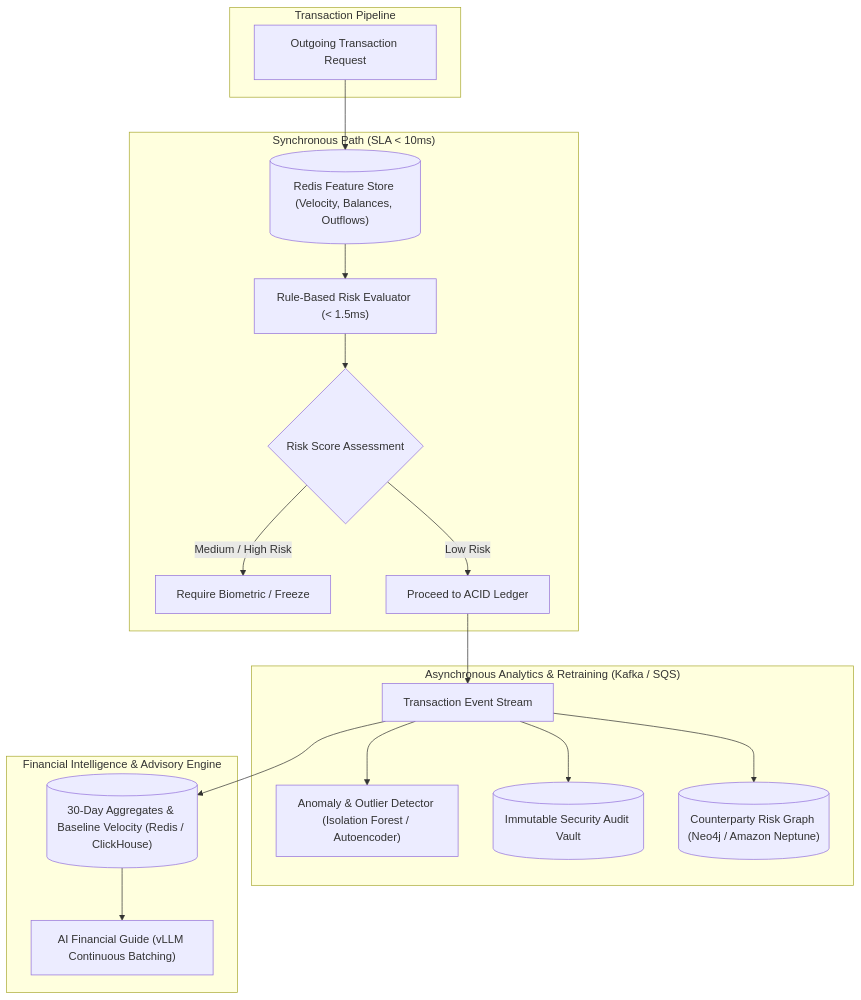
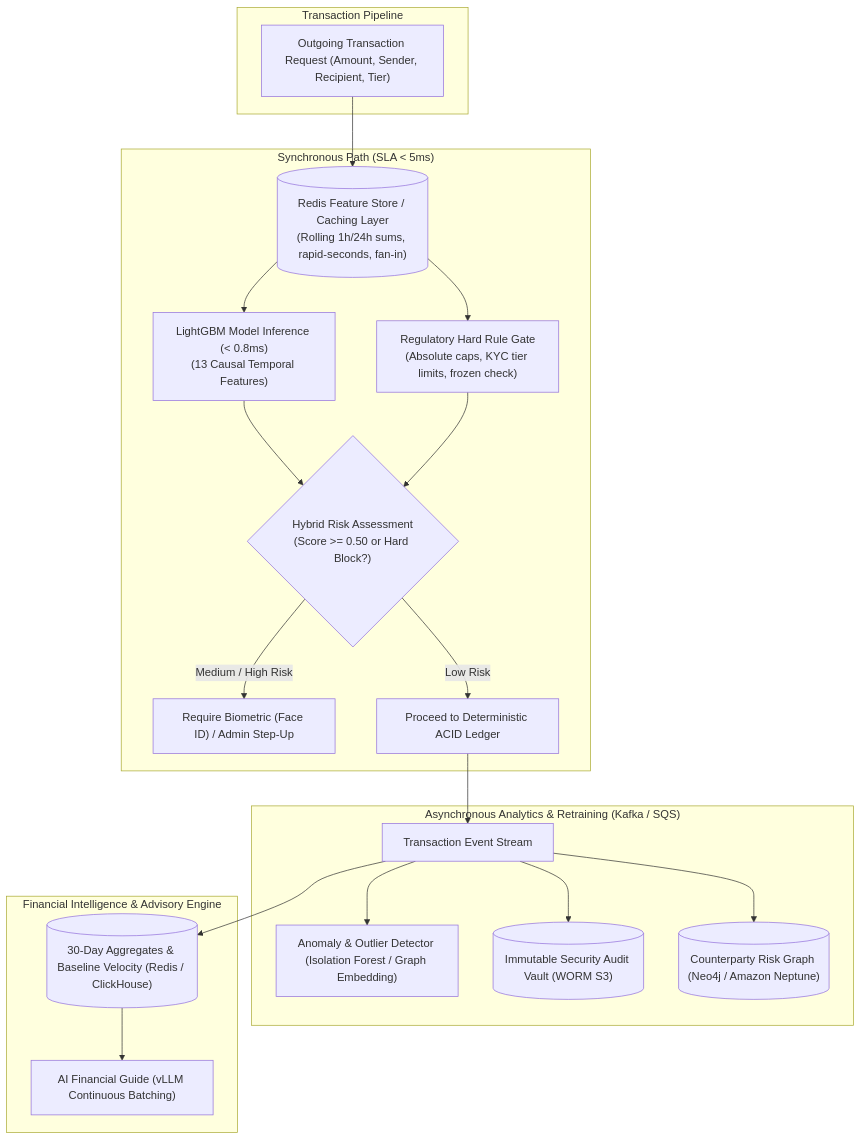
The seventh of 7 diagrams in docs/SCALING_ARCHITECTURE.md (bikash-20/ML-fraud-detection-ai-fintech-platform), drawn with Mermaid before and after one commit. The commit also changed other lines of this file and 9 other files, not shown here.

First line of the commit message:
docs(proposal): add executive 3-page scaling proposal, reviewer verification guide, and velocity fraud rule

````diff
--- a/docs/SCALING_ARCHITECTURE.md
+++ b/docs/SCALING_ARCHITECTURE.md
@@ -472,34 +476,36 @@
 ```mermaid
 flowchart TD
     subgraph IngressTxn["Transaction Pipeline"]
-        TxnRequest["Outgoing Transaction Request"]
+        TxnRequest["Outgoing Transaction Request (Amount, Sender, Recipient, Tier)"]
     end
 
-    subgraph SynchronousPath["Synchronous Path (SLA < 10ms)"]
-        FeatureStore[("Redis Feature Store (Velocity, Balances, Outflows)")]
-        RuleEngine["Rule-Based Risk Evaluator (< 1.5ms)"]
-        RiskScore{"Risk Score Assessment"}
-        BlockAction["Require Biometric / Freeze"]
-        ProceedAction["Proceed to ACID Ledger"]
+    subgraph SynchronousPath["Synchronous Path (SLA < 5ms)"]
+        FeatureStore[("Redis Feature Store / Caching Layer\n(Rolling 1h/24h sums, rapid-seconds, fan-in)")]
+        LightGBM["LightGBM Model Inference (< 0.8ms)\n(13 Causal Temporal Features)"]
+        HardRules["Regulatory Hard Rule Gate\n(Absolute caps, KYC tier limits, frozen check)"]
+        RiskScore{"Hybrid Risk Assessment\n(Score >= 0.50 or Hard Block?)"}
+        BlockAction["Require Biometric (Face ID) / Admin Step-Up"]
+        ProceedAction["Proceed to Deterministic ACID Ledger"]
     end
 
     subgraph AsyncAnalytics["Asynchronous Analytics & Retraining (Kafka / SQS)"]
         EventQueue["Transaction Event Stream"]
-        AnomalyWorker["Anomaly & Outlier Detector (Isolation Forest / Autoencoder)"]
-        AuditStorage[("Immutable Security Audit Vault")]
+        AnomalyWorker["Anomaly & Outlier Detector (Isolation Forest / Graph Embedding)"]
+        AuditStorage[("Immutable Security Audit Vault (WORM S3)")]
         GraphDB[("Counterparty Risk Graph (Neo4j / Amazon Neptune)")]
     end
 
     subgraph FinancialIntel["Financial Intelligence & Advisory Engine"]
         MaterializedRollups[("30-Day Aggregates & Baseline Velocity (Redis / ClickHouse)")]
         AdvisoryWorker["AI Financial Guide (vLLM Continuous Batching)"]
     end
 
     TxnRequest --> FeatureStore
-    FeatureStore --> RuleEngine --> RiskScore
+    FeatureStore --> LightGBM & HardRules
+    LightGBM & HardRules --> RiskScore
     RiskScore -->|Medium / High Risk| BlockAction
     RiskScore -->|Low Risk| ProceedAction
     ProceedAction --> EventQueue
     EventQueue --> AnomalyWorker & AuditStorage & GraphDB & MaterializedRollups
     MaterializedRollups --> AdvisoryWorker
 ```
````
